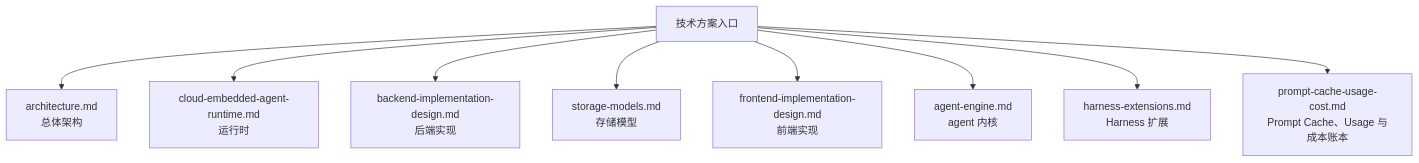
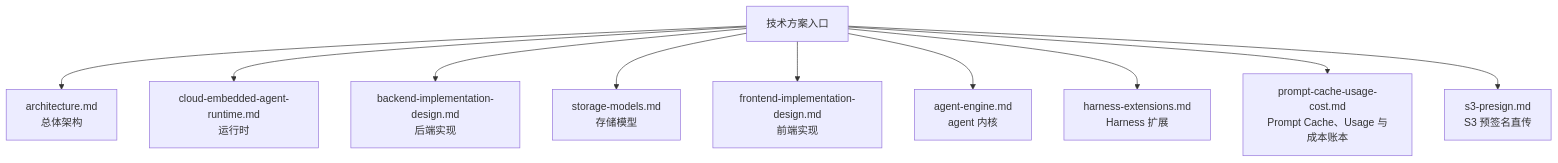
One commit to fengwk/kk-studio changed the diagram in docs/technical-solution/README.md. Above: the diagram before and after it, drawn with Mermaid. The commit also changed other lines of this file and 14 other files, not shown here.

````diff
--- a/docs/technical-solution/README.md
+++ b/docs/technical-solution/README.md
@@ -7,12 +7,13 @@
 ```mermaid
 flowchart TD
     A[技术方案入口]
     A --> B[architecture.md<br/>总体架构]
     A --> C[cloud-embedded-agent-runtime.md<br/>运行时]
     A --> D[backend-implementation-design.md<br/>后端实现]
     A --> E[storage-models.md<br/>存储模型]
     A --> F[frontend-implementation-design.md<br/>前端实现]
     A --> G[agent-engine.md<br/>agent 内核]
     A --> H[harness-extensions.md<br/>Harness 扩展]
     A --> I[prompt-cache-usage-cost.md<br/>Prompt Cache、Usage 与成本账本]
+    A --> J[s3-presign.md<br/>S3 预签名直传]
 ```
````
